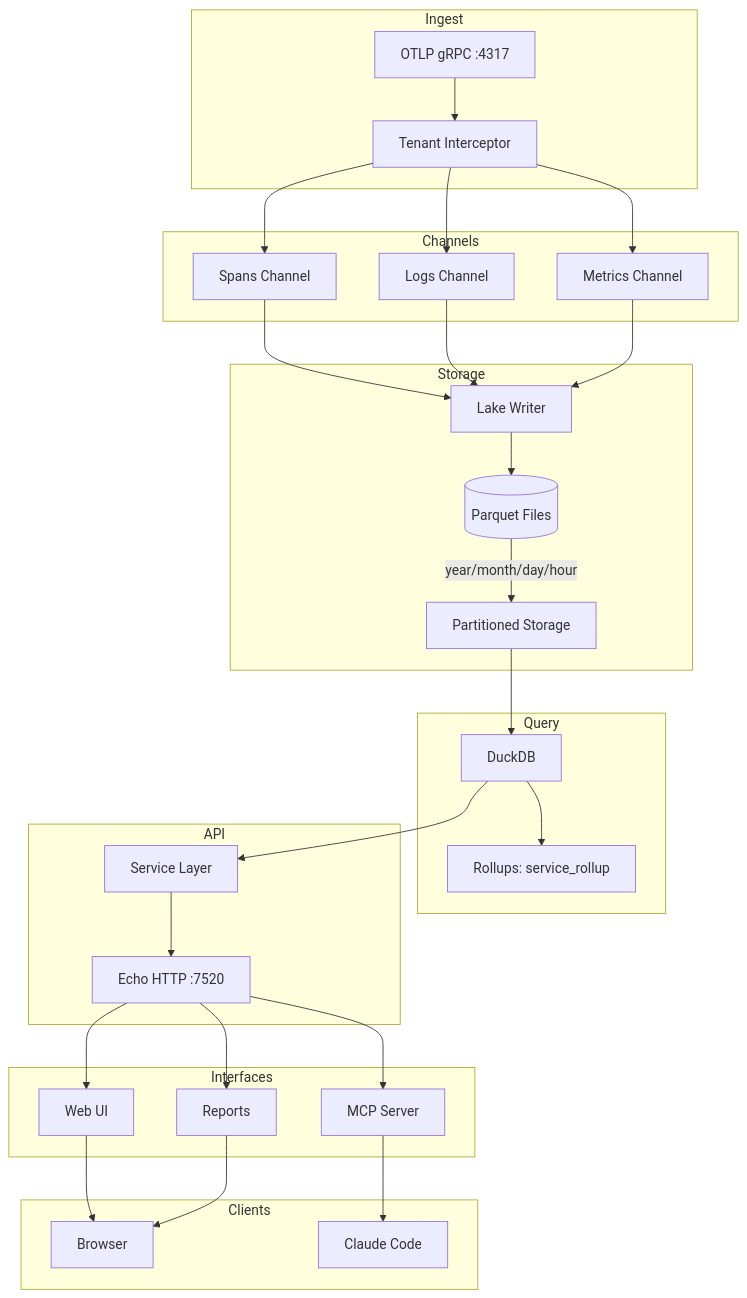
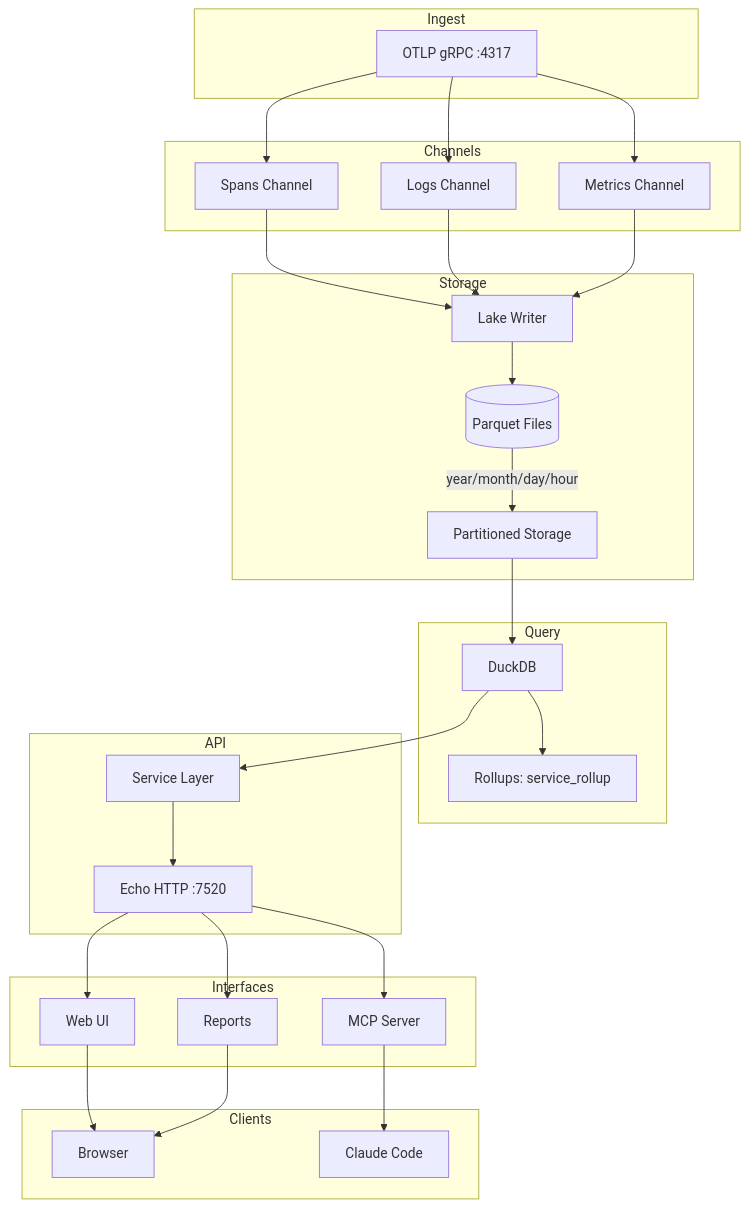
One commit to labstack/fanout changed the first of 6 diagrams in CLAUDE.md. Above: the diagram before and after it, drawn with Mermaid. The commit also changed other lines of this file and 53 other files, not shown here.

````diff
--- a/CLAUDE.md
+++ b/CLAUDE.md
@@ -11,50 +11,48 @@
 ```mermaid
 graph TB
     subgraph Ingest
         OTLP[OTLP gRPC :4317]
-        TI[Tenant Interceptor]
-        OTLP --> TI
     end
 
     subgraph Channels
         CS[Spans Channel]
         CL[Logs Channel]
         CM[Metrics Channel]
-        TI --> CS & CL & CM
+        OTLP --> CS & CL & CM
     end
 
     subgraph Storage
         LW[Lake Writer]
         CS & CL & CM --> LW
         LW --> PQ[(Parquet Files)]
         PQ --> |year/month/day/hour| PART[Partitioned Storage]
     end
 
     subgraph Query
         DUCK[DuckDB]
         PART --> DUCK
         DUCK --> ROLL[Rollups: service_rollup]
     end
 
     subgraph API
         ECHO[Echo HTTP :7520]
         SVC[Service Layer]
         DUCK --> SVC
         SVC --> ECHO
     end
 
     subgraph Interfaces
         UI[Web UI]
         MCP[MCP Server]
         REPORTS[Reports]
         ECHO --> UI & MCP & REPORTS
     end
 
     subgraph Clients
         BROWSER[Browser]
         CLAUDE[Claude Code]
         UI --> BROWSER
         MCP --> CLAUDE
         REPORTS --> BROWSER
     end
 ```
````
